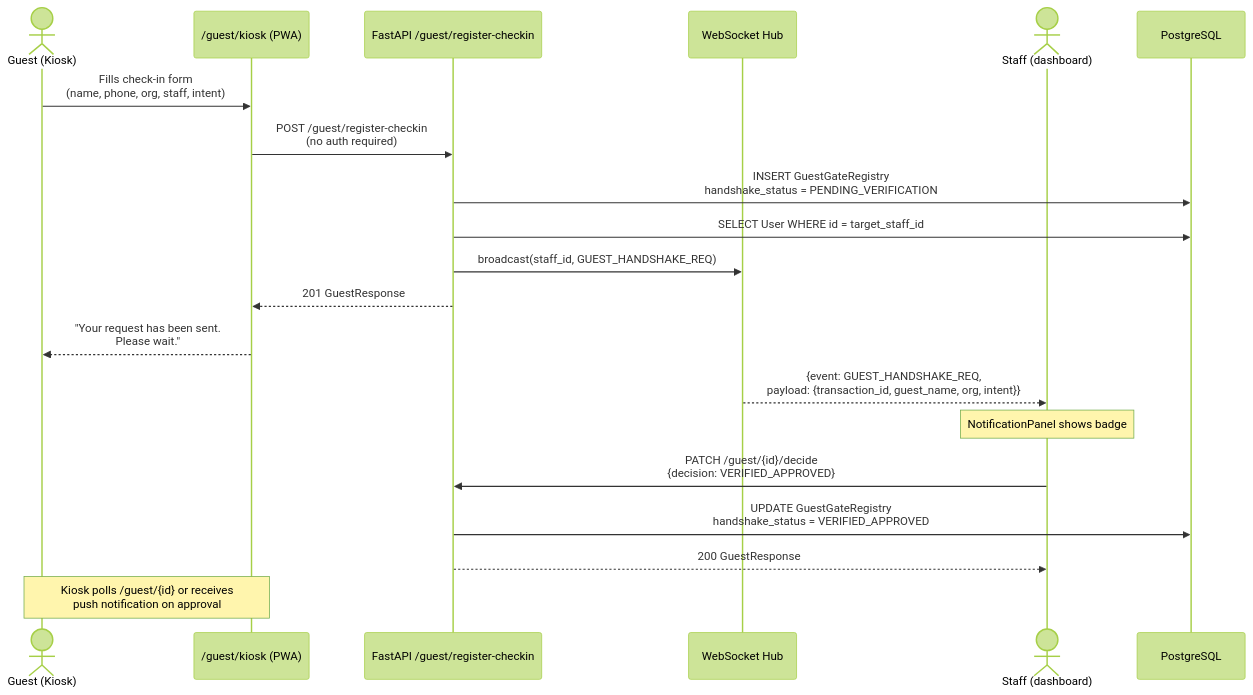
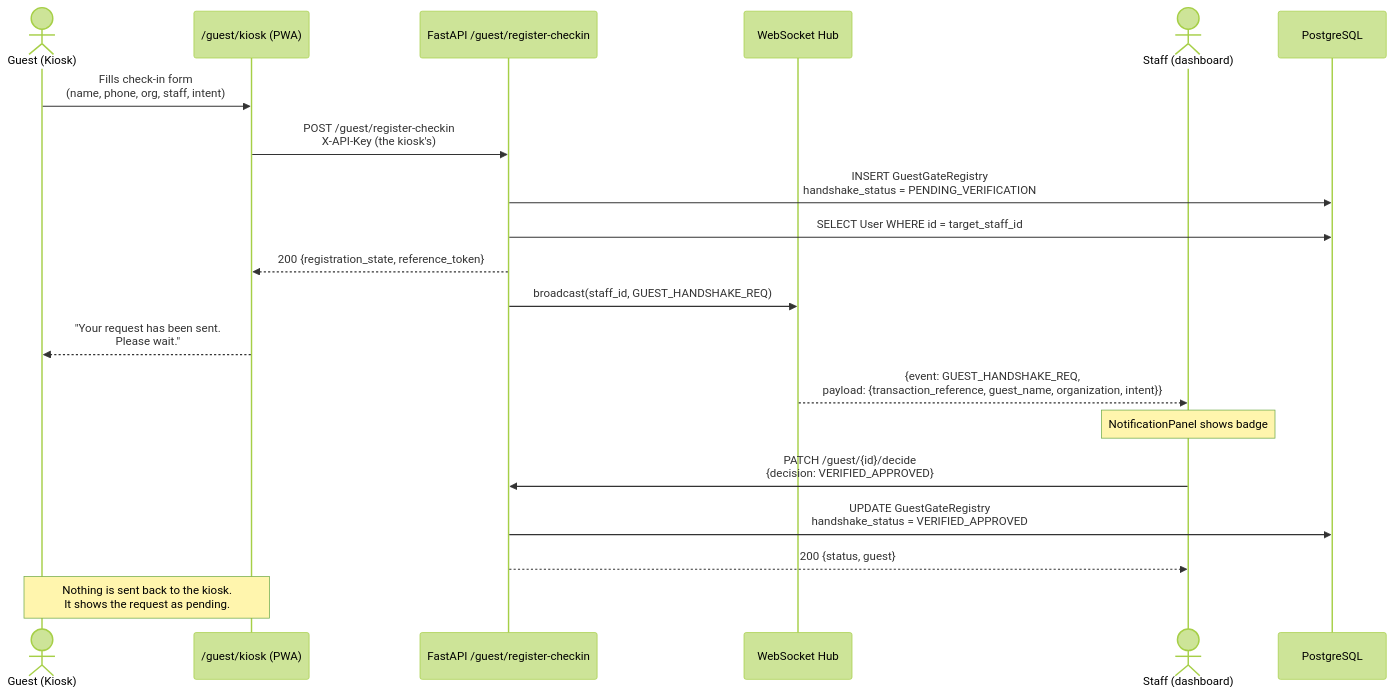
One commit to Life-Experimentalist/Chronos-Ledger changed the third of 4 diagrams in docs/flows.md. Above: the diagram before and after it, drawn with Mermaid (forest theme). The commit also changed other lines of this file and 6 other files, not shown here.

````diff
--- a/docs/flows.md
+++ b/docs/flows.md
@@ -101,26 +99,26 @@
 ```mermaid
 sequenceDiagram
     actor G as Guest (Kiosk)
     participant KI as /guest/kiosk (PWA)
     participant API as FastAPI /guest/register-checkin
     participant WS as WebSocket Hub
     actor Fac as Staff (dashboard)
     participant DB as PostgreSQL
 
     G->>KI: Fills check-in form<br/>(name, phone, org, staff, intent)
-    KI->>API: POST /guest/register-checkin<br/>(no auth required)
+    KI->>API: POST /guest/register-checkin<br/>X-API-Key (the kiosk's)
     API->>DB: INSERT GuestGateRegistry<br/>handshake_status = PENDING_VERIFICATION
     API->>DB: SELECT User WHERE id = target_staff_id
+    API-->>KI: 200 {registration_state, reference_token}
     API->>WS: broadcast(staff_id, GUEST_HANDSHAKE_REQ)
-    API-->>KI: 201 GuestResponse
     KI-->>G: "Your request has been sent.<br/>Please wait."
 
-    WS-->>Fac: {event: GUEST_HANDSHAKE_REQ,<br/>payload: {transaction_id, guest_name, org, intent}}
+    WS-->>Fac: {event: GUEST_HANDSHAKE_REQ,<br/>payload: {transaction_reference, guest_name, organization, intent}}
     Note over Fac: NotificationPanel shows badge
 
     Fac->>API: PATCH /guest/{id}/decide<br/>{decision: VERIFIED_APPROVED}
     API->>DB: UPDATE GuestGateRegistry<br/>handshake_status = VERIFIED_APPROVED
-    API-->>Fac: 200 GuestResponse
+    API-->>Fac: 200 {status, guest}
 
-    Note over KI,G: Kiosk polls /guest/{id} or receives<br/>push notification on approval
+    Note over KI,G: Nothing is sent back to the kiosk.<br/>It shows the request as pending.
 ```
````
